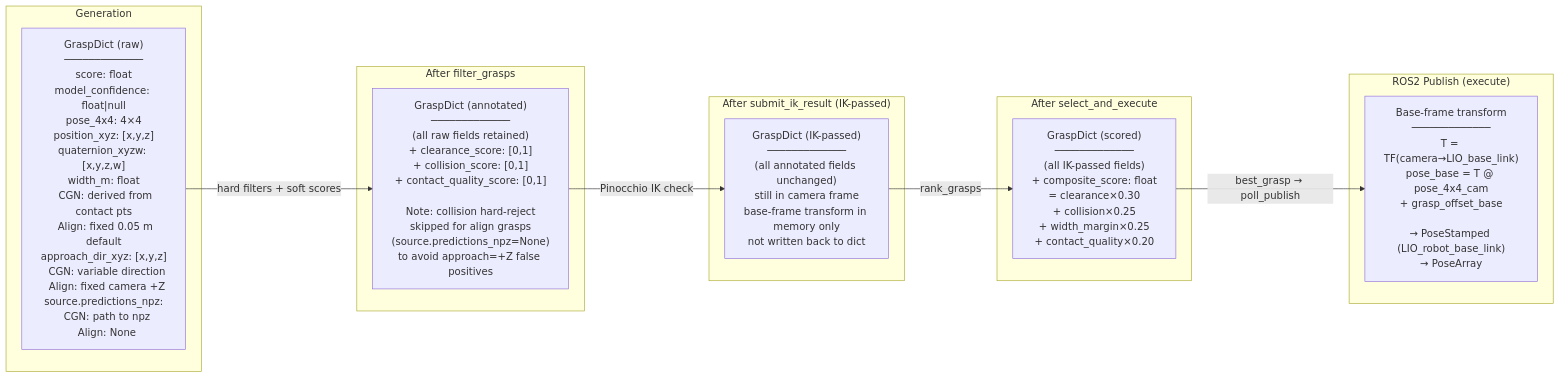
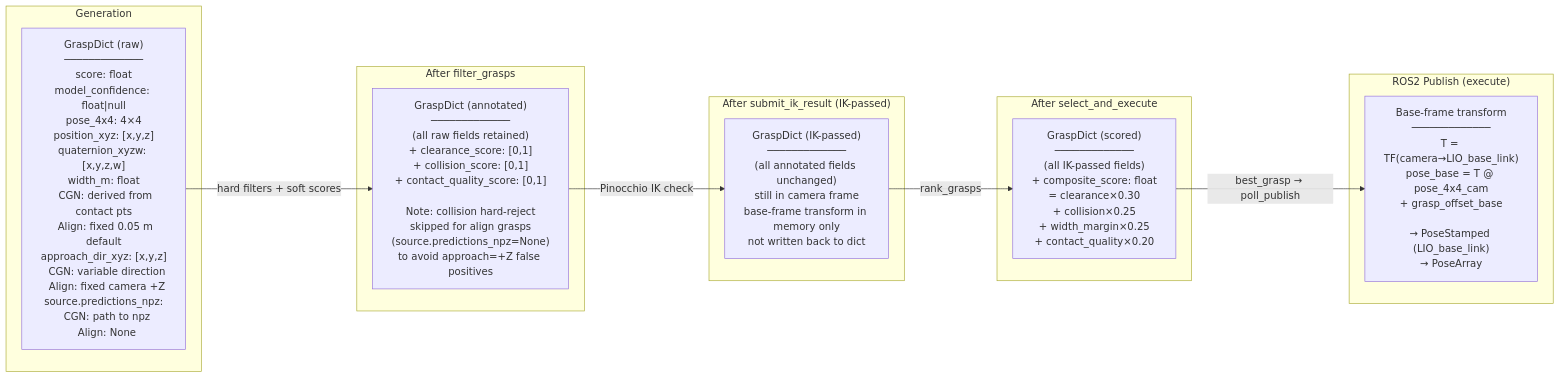
One commit to ZenWang00/vla-grasp-server changed the third of 3 diagrams in doc/system_diagrams.md. Above: the diagram before and after it, drawn with Mermaid. The commit also changed other lines of this file and 1 other file, not shown here.

First line of the commit message:
Docs: unify robot base frame to LIO_base_link and document grasp→TCP axis remap

````diff
--- a/doc/system_diagrams.md
+++ b/doc/system_diagrams.md
@@ -194,27 +194,27 @@
 ```mermaid
 flowchart LR
     subgraph GEN["Generation"]
         G1["GraspDict (raw)\n─────────────\nscore: float\nmodel_confidence: float|null\npose_4x4: 4×4\nposition_xyz: [x,y,z]\nquaternion_xyzw: [x,y,z,w]\nwidth_m: float\n  CGN: derived from contact pts\n  Align: fixed 0.05 m default\napproach_dir_xyz: [x,y,z]\n  CGN: variable direction\n  Align: fixed camera +Z\nsource.predictions_npz:\n  CGN: path to npz\n  Align: None"]
     end
 
     subgraph FILT["After filter_grasps"]
         F1["GraspDict (annotated)\n─────────────\n(all raw fields retained)\n+ clearance_score: [0,1]\n+ collision_score: [0,1]\n+ contact_quality_score: [0,1]\n\nNote: collision hard-reject\nskipped for align grasps\n(source.predictions_npz=None)\nto avoid approach=+Z false positives"]
     end
 
     subgraph IKP["After submit_ik_result (IK-passed)"]
         I1["GraspDict (IK-passed)\n─────────────\n(all annotated fields unchanged)\nstill in camera frame\nbase-frame transform in memory only\nnot written back to dict"]
     end
 
     subgraph SCR["After select_and_execute"]
         S1["GraspDict (scored)\n─────────────\n(all IK-passed fields)\n+ composite_score: float\n  = clearance×0.30\n  + collision×0.25\n  + width_margin×0.25\n  + contact_quality×0.20"]
     end
 
     subgraph PUB["ROS2 Publish (execute)"]
-        P1["Base-frame transform\n─────────────\nT = TF(camera→LIO_base_link)\npose_base = T @ pose_4x4_cam\n+ grasp_offset_base\n\n→ PoseStamped (LIO_robot_base_link)\n→ PoseArray"]
+        P1["Base-frame transform\n─────────────\nT = TF(camera→LIO_base_link)\npose_base = T @ pose_4x4_cam\n+ grasp_offset_base\n\n→ PoseStamped (LIO_base_link)\n→ PoseArray"]
     end
 
     G1 -->|hard filters + soft scores| F1
     F1 -->|Pinocchio IK check| I1
     I1 -->|rank_grasps| S1
     S1 -->|best_grasp → poll_publish| P1
 ```
````
